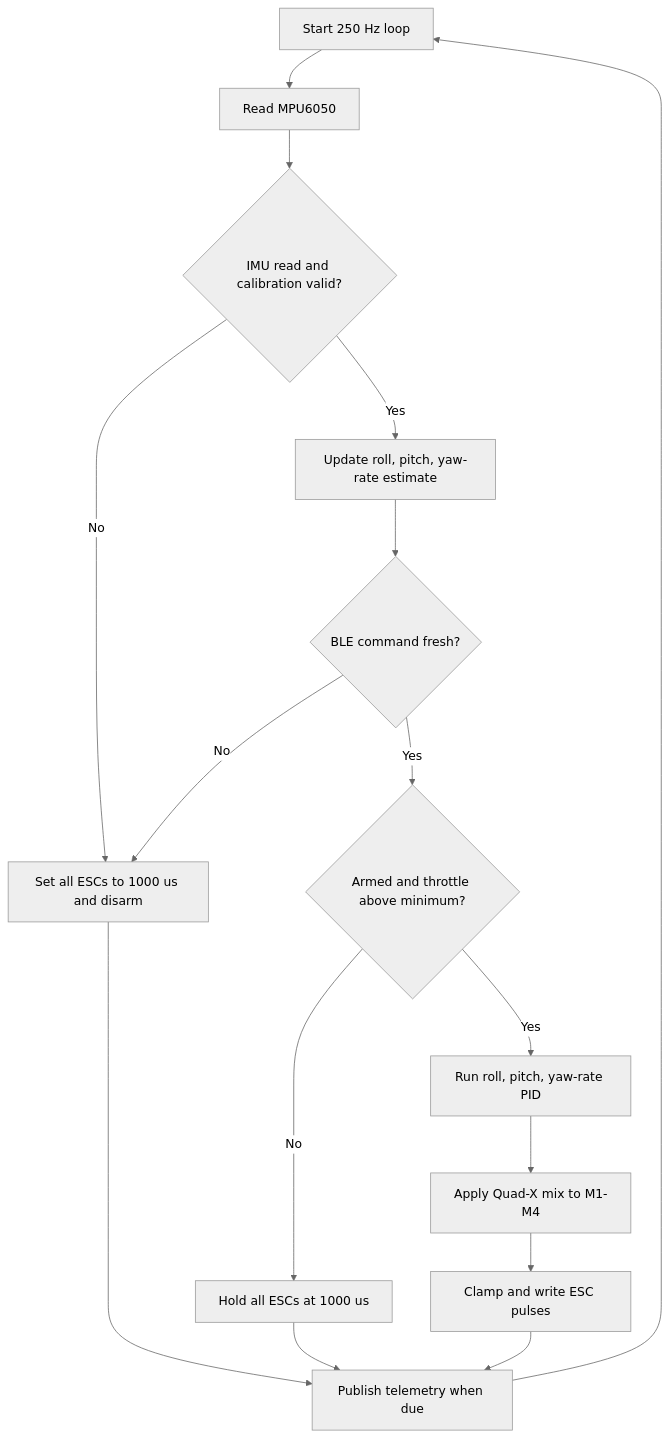
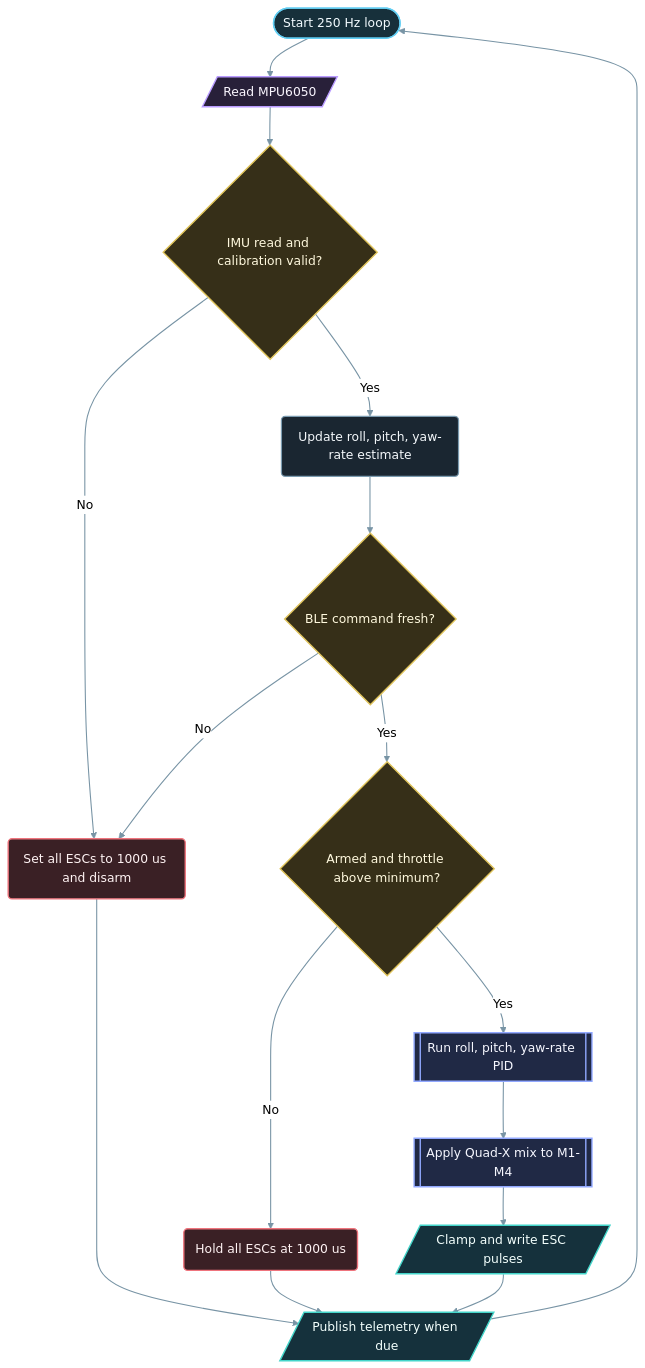
One commit to ProAmineOfficial/NanoKit-ESP32 changed the diagram in open_source_projects/nanokit_drone_4x_quadcopter/images/control-loop.md. Above: the diagram before and after it, drawn with Mermaid (neutral theme). The commit also changed 15 other files, not shown here.

Commit message:
docs: apply semantic Mermaid styling

````diff
--- a/open_source_projects/nanokit_drone_4x_quadcopter/images/control-loop.md
+++ b/open_source_projects/nanokit_drone_4x_quadcopter/images/control-loop.md
@@ -5,18 +5,34 @@
 ```mermaid
 flowchart TD
-  START["Start 250 Hz loop"] --> IMU["Read MPU6050"]
+  START(["Start 250 Hz loop"]) --> IMU[/"Read MPU6050"/]
   IMU --> OK{"IMU read and calibration valid?"}
-  OK -->|"No"| DISARM["Set all ESCs to 1000 us and disarm"]
-  OK -->|"Yes"| EST["Update roll, pitch, yaw-rate estimate"]
+  OK -->|"No"| DISARM("Set all ESCs to 1000 us and disarm")
+  OK -->|"Yes"| EST("Update roll, pitch, yaw-rate estimate")
   EST --> LINK{"BLE command fresh?"}
   LINK -->|"No"| DISARM
   LINK -->|"Yes"| ARMED{"Armed and throttle above minimum?"}
-  ARMED -->|"No"| SAFE["Hold all ESCs at 1000 us"]
-  ARMED -->|"Yes"| PID["Run roll, pitch, yaw-rate PID"]
-  PID --> MIX["Apply Quad-X mix to M1-M4"]
-  MIX --> PWM["Clamp and write ESC pulses"]
-  SAFE --> TEL["Publish telemetry when due"]
+  ARMED -->|"No"| SAFE("Hold all ESCs at 1000 us")
+  ARMED -->|"Yes"| PID[["Run roll, pitch, yaw-rate PID"]]
+  PID --> MIX[["Apply Quad-X mix to M1-M4"]]
+  MIX --> PWM[/"Clamp and write ESC pulses"/]
+  SAFE --> TEL[/"Publish telemetry when due"/]
   DISARM --> TEL
   PWM --> TEL
   TEL --> START
+
+  classDef start fill:#17303b,stroke:#61cef3,stroke-width:1.8px,color:#f3fbff
+  classDef sensor fill:#282039,stroke:#b99bff,stroke-width:1.8px,color:#faf6ff
+  classDef decision fill:#362f18,stroke:#e0c45b,stroke-width:1.8px,color:#fff9de
+  classDef process fill:#1a2631,stroke:#7b9bb0,stroke-width:1.6px,color:#f4f8fb
+  classDef module fill:#202945,stroke:#91a8ff,stroke-width:1.8px,color:#f6f7ff
+  classDef io fill:#15313c,stroke:#43d5ca,stroke-width:1.8px,color:#f3fffd
+  classDef safety fill:#3a2025,stroke:#ef747d,stroke-width:1.8px,color:#fff3f4
+  class START start
+  class IMU sensor
+  class OK,LINK,ARMED decision
+  class EST process
+  class PID,MIX module
+  class PWM,TEL io
+  class DISARM,SAFE safety
+  linkStyle default stroke:#7894a5,stroke-width:1.4px
 ```
````
